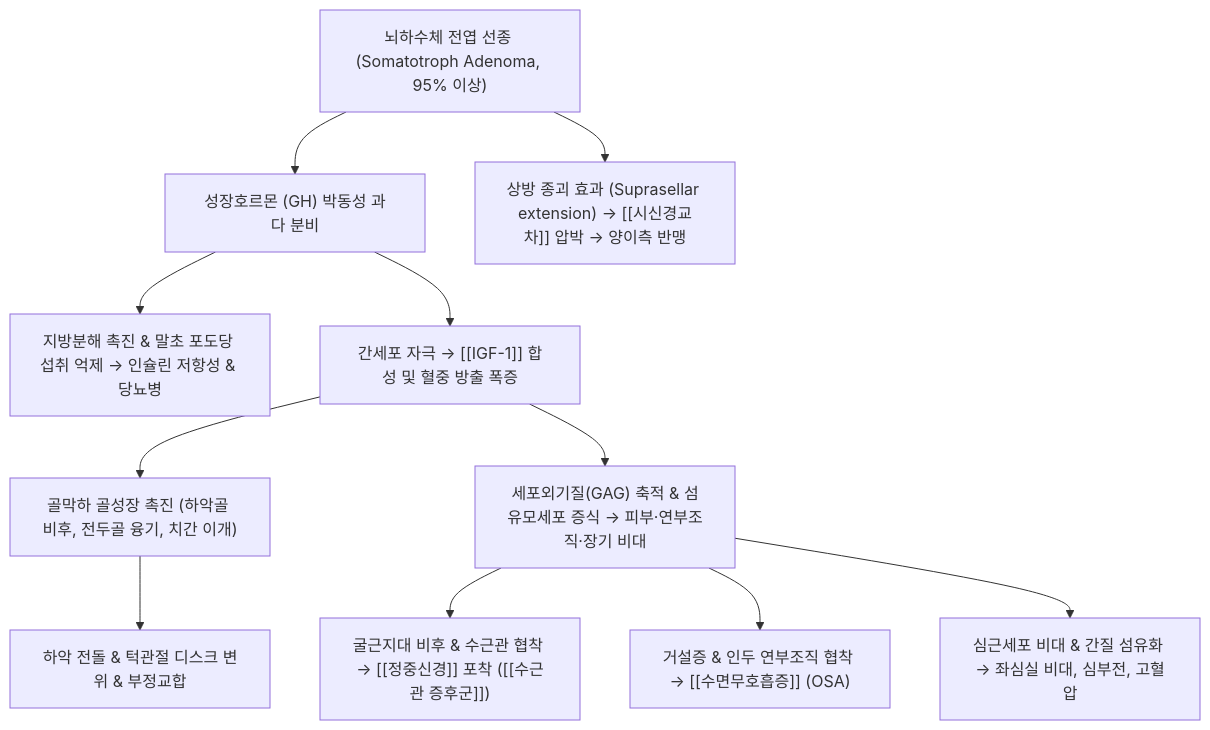
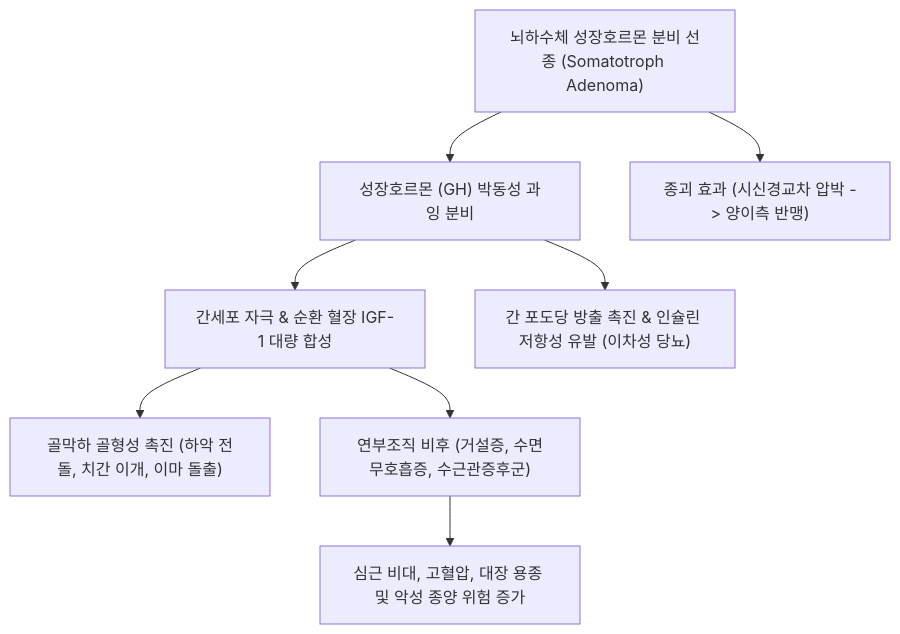
Before and after one commit to simbio11/simbio-digital-garden2: the diagram in content/3. 이론 공부/질환/내분비 질환/뇌하수체/말단비대증.md, drawn with Mermaid. The commit also changed other lines of this file and 50 other files, not shown here.

````diff
--- a/content/3. 이론 공부/질환/내분비 질환/뇌하수체/말단비대증.md
+++ b/content/3. 이론 공부/질환/내분비 질환/뇌하수체/말단비대증.md
@@ -65,16 +58,10 @@
 ```mermaid
 graph TD
-    Adenoma["뇌하수체 전엽 선종 (Somatotroph Adenoma, 95% 이상)"] --> GHSpike["성장호르몬 (GH) 박동성 과다 분비"]
-    GHSpike --> AntiInsulin["지방분해 촉진 & 말초 포도당 섭취 억제 → 인슐린 저항성 & 당뇨병"]
-    GHSpike --> LiverIGF1["간세포 자극 → [[IGF-1]] 합성 및 혈중 방출 폭증"]
-
-    LiverIGF1 --> Periosteal["골막하 골성장 촉진 (하악골 비후, 전두골 융기, 치간 이개)"]
-    LiverIGF1 --> ECMOverload["세포외기질(GAG) 축적 & 섬유모세포 증식 → 피부·연부조직·장기 비대"]
-
-    Periosteal --> TMJDisorder["하악 전돌 & 턱관절 디스크 변위 & 부정교합"]
-    ECMOverload --> CTS["굴근지대 비후 & 수근관 협착 → [[정중신경]] 포착 ([[수근관 증후군]])"]
-    ECMOverload --> SleepApnea["거설증 & 인두 연부조직 협착 → [[수면무호흡증]] (OSA)"]
-    ECMOverload --> Organomegaly["심근세포 비대 & 간질 섬유화 → 좌심실 비대, 심부전, 고혈압"]
-
-    Adenoma --> MassEffect["상방 종괴 효과 (Suprasellar extension) → [[시신경교차]] 압박 → 양이측 반맹"]
+    Adenoma["뇌하수체 성장호르몬 분비 선종 (Somatotroph Adenoma)"] --> GHSurge["성장호르몬 (GH) 박동성 과잉 분비"]
+    GHSurge --> LiverIGF1["간세포 자극 & 순환 혈장 IGF-1 대량 합성"]
+    LiverIGF1 --> Periosteal["골막하 골형성 촉진 (하악 전돌, 치간 이개, 이마 돌출)"]
+    LiverIGF1 --> SoftTissue["연부조직 비후 (거설증, 수면무호흡증, 수근관증후군)"]
+    GHSurge --> InsulinResist["간 포도당 방출 촉진 & 인슐린 저항성 유발 (이차성 당뇨)"]
+    Adenoma --> MassEffect["종괴 효과 (시신경교차 압박 -> 양이측 반맹)"]
+    SoftTissue --> Visceromegaly["심근 비대, 고혈압, 대장 용종 및 악성 종양 위험 증가"]
 ```
````
